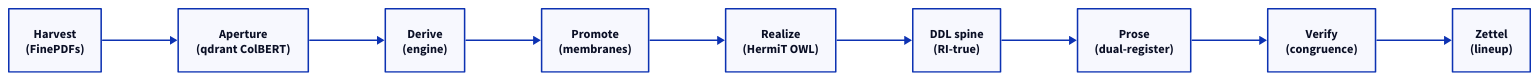
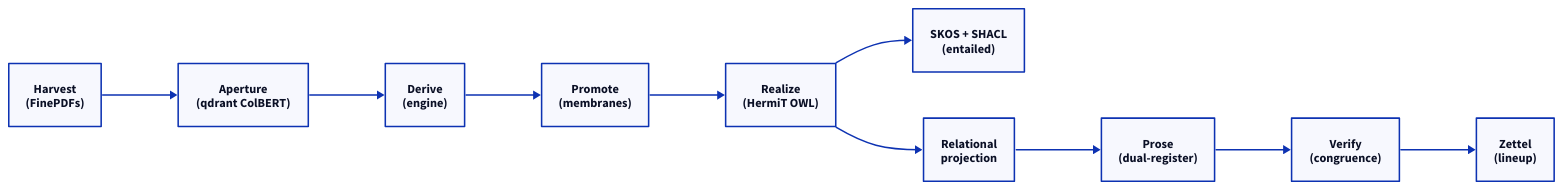
Before and after one commit to zndx/aegir: the diagram in docs/current/src/introduction.md, drawn with D2. The commit also changed other lines of this file and 7 other files, not shown here.

First line of the commit message:
Describe the corpus pipeline as OWL ⊨ SKOS ⊨ SHACL plus SQL.

````diff
--- a/docs/current/src/introduction.md
+++ b/docs/current/src/introduction.md
@@ -69,16 +70,18 @@
 ```d2
 direction: right
 
 harvest: Harvest\n(FinePDFs)
 aperture: Aperture\n(qdrant ColBERT)
 derive: Derive\n(engine)
 promote: Promote\n(membranes)
 realize: Realize\n(HermiT OWL)
-ddl: DDL spine\n(RI-true)
+faces: SKOS + SHACL\n(entailed)
+ddl: Relational\nprojection
 prose: Prose\n(dual-register)
 verify: Verify\n(congruence)
 zettel: Zettel\n(lineup)
 
 harvest -> aperture -> derive -> promote -> realize
+realize -> faces
 realize -> ddl -> prose -> verify -> zettel
 ```
````
